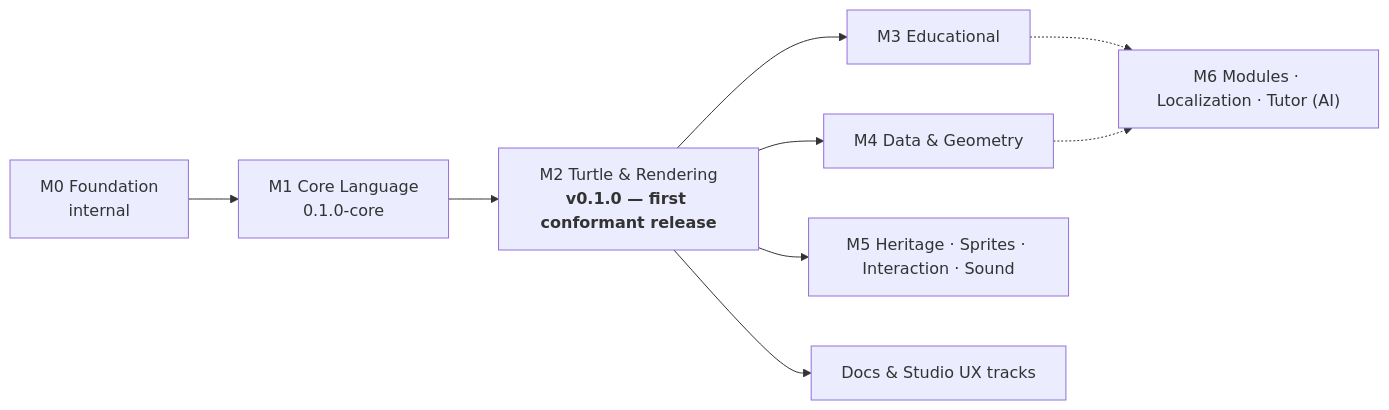
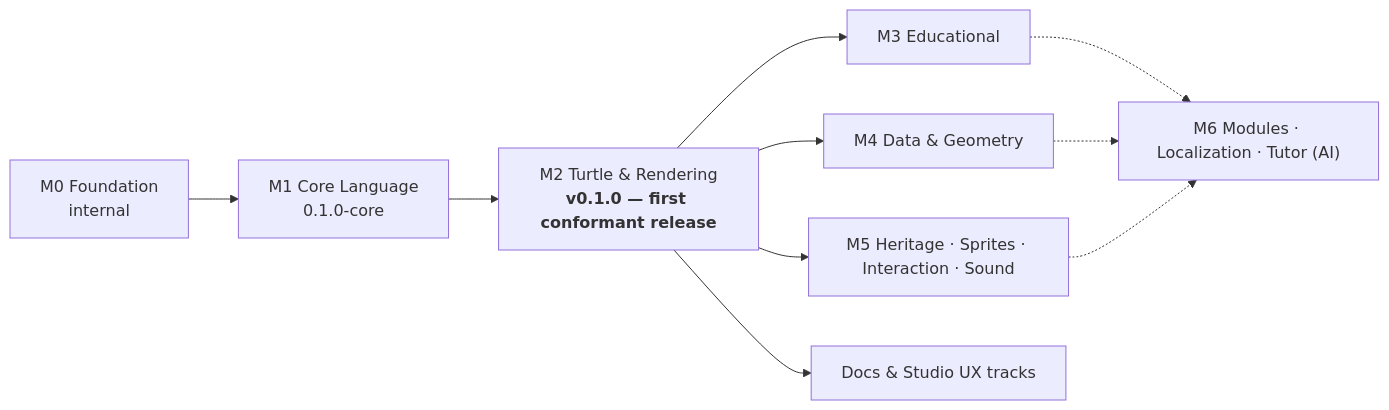
Before and after one commit to pmalarme/open-logo: the fourth of 4 diagrams in papers/arxiv-multilayer-orchestration.md, drawn with Mermaid. The commit also changed other lines of this file and 1 other file, not shown here.

````diff
--- a/papers/arxiv-multilayer-orchestration.md
+++ b/papers/arxiv-multilayer-orchestration.md
@@ -422,11 +430,12 @@
 ```mermaid
 flowchart LR
   M0["M0 Foundation<br/>internal"] --> M1["M1 Core Language<br/>0.1.0-core"]
   M1 --> M2["M2 Turtle &amp; Rendering<br/><b>v0.1.0 — first conformant release</b>"]
   M2 --> M3["M3 Educational"]
   M2 --> M4["M4 Data &amp; Geometry"]
   M2 --> M5["M5 Heritage · Sprites · Interaction · Sound"]
   M2 --> DX["Docs &amp; Studio UX tracks"]
   M3 -.-> M6["M6 Modules · Localization · Tutor (AI)"]
   M4 -.-> M6
+  M5 -.-> M6
 ```
````
